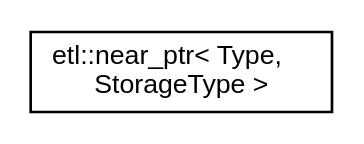
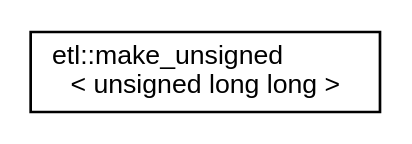
Before and after one commit to tobanteAudio/taetl: the diagram in inherit_graph_54.dot, drawn with Graphviz. The commit also changed 223 other files, not shown here.

```diff
--- a/inherit_graph_54.dot
+++ b/inherit_graph_54.dot
@@ -1,7 +1,7 @@
 digraph "Graphical Class Hierarchy"
 {
   edge [fontname="Helvetica",fontsize="10",labelfontname="Helvetica",labelfontsize="10"];
   node [fontname="Helvetica",fontsize="10",shape=record];
   rankdir="LR";
-  Node0 [label="etl::near_ptr\< Type,\l StorageType \>",height=0.2,width=0.4,color="black", fillcolor="white", style="filled",URL="$classetl_1_1near__ptr.html",tooltip="Compressed pointer to specified size. Intended to be used as a drop in replacement for native pointer..."];
+  Node0 [label="etl::make_unsigned\l\< unsigned long long \>",height=0.2,width=0.4,color="black", fillcolor="white", style="filled",URL="$structetl_1_1make__unsigned_3_01unsigned_01long_01long_01_4.html"];
 }
```
